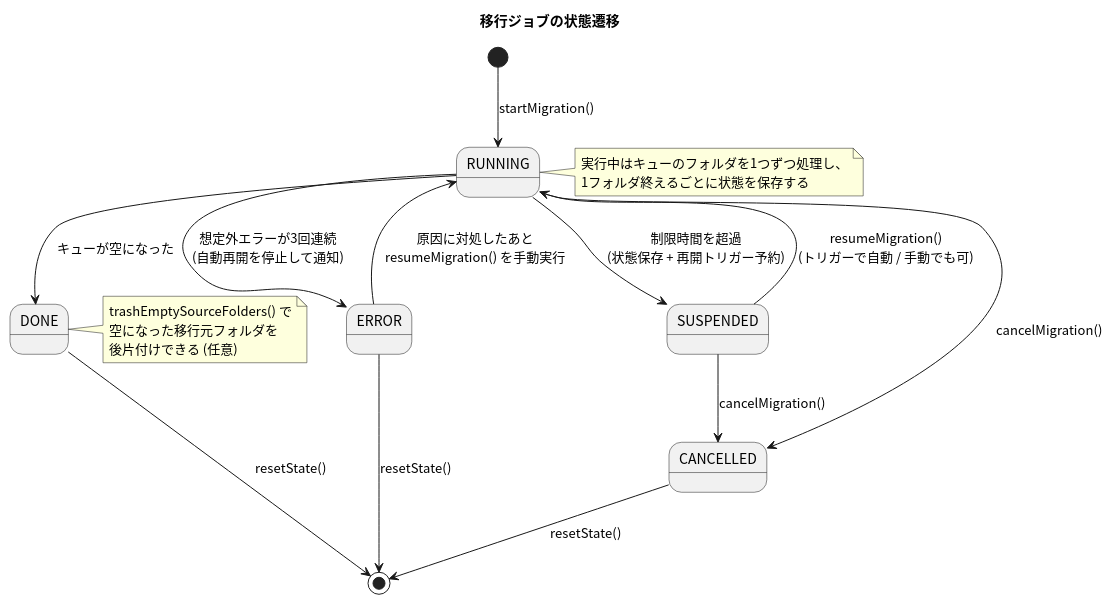
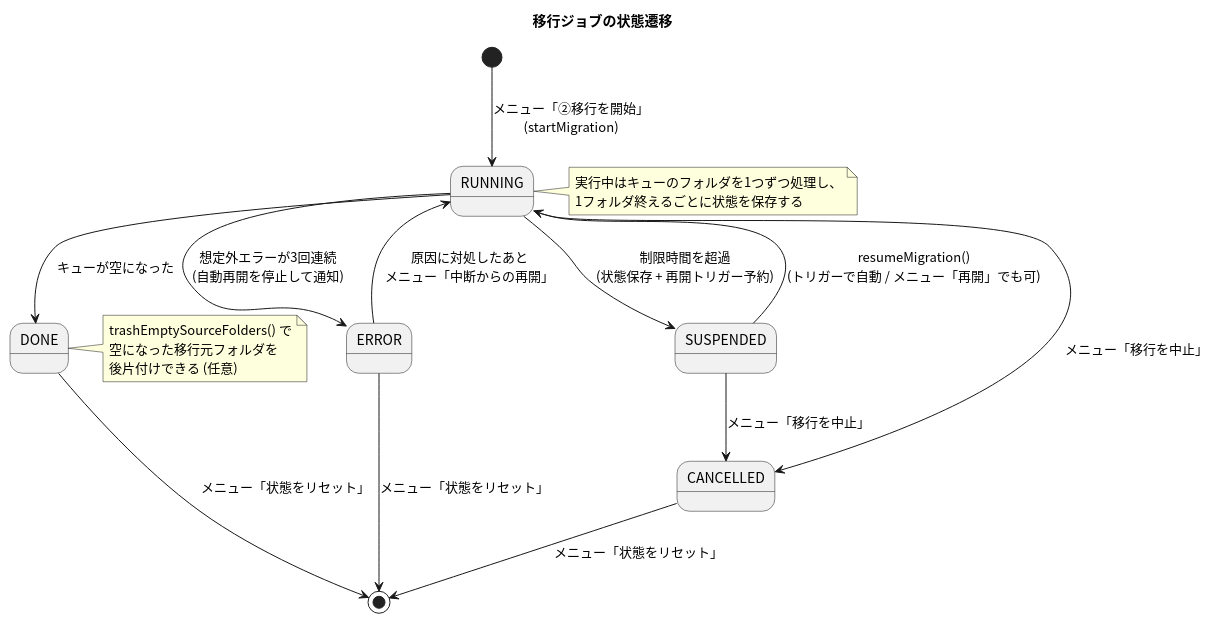
The diagram in gas-drive-migration-2026-07-11/plantuml/06_state_machine.puml (pollenjp-org/sandbox), drawn with PlantUML before and after one commit. The commit also changed 33 other files, not shown here.

```diff
--- a/gas-drive-migration-2026-07-11/plantuml/06_state_machine.puml
+++ b/gas-drive-migration-2026-07-11/plantuml/06_state_machine.puml
@@ -1,28 +1,28 @@
 @startuml 06_state_machine
 skinparam defaultFontName "Noto Sans CJK JP"
 skinparam shadowing false
 title 移行ジョブの状態遷移
 
-[*] --> RUNNING : startMigration()
+[*] --> RUNNING : メニュー「②移行を開始」\n(startMigration)
 
 RUNNING --> SUSPENDED : 制限時間を超過\n(状態保存 + 再開トリガー予約)
-SUSPENDED --> RUNNING : resumeMigration()\n(トリガーで自動 / 手動でも可)
+SUSPENDED --> RUNNING : resumeMigration()\n(トリガーで自動 / メニュー「再開」でも可)
 RUNNING --> DONE : キューが空になった
 RUNNING --> ERROR : 想定外エラーが3回連続\n(自動再開を停止して通知)
-ERROR --> RUNNING : 原因に対処したあと\nresumeMigration() を手動実行
-RUNNING --> CANCELLED : cancelMigration()
-SUSPENDED --> CANCELLED : cancelMigration()
-DONE --> [*] : resetState()
-CANCELLED --> [*] : resetState()
-ERROR --> [*] : resetState()
+ERROR --> RUNNING : 原因に対処したあと\nメニュー「中断からの再開」
+RUNNING --> CANCELLED : メニュー「移行を中止」
+SUSPENDED --> CANCELLED : メニュー「移行を中止」
+DONE --> [*] : メニュー「状態をリセット」
+CANCELLED --> [*] : メニュー「状態をリセット」
+ERROR --> [*] : メニュー「状態をリセット」
 
 note right of RUNNING
   実行中はキューのフォルダを1つずつ処理し、
   1フォルダ終えるごとに状態を保存する
 end note
 note right of DONE
   trashEmptySourceFolders() で
   空になった移行元フォルダを
   後片付けできる (任意)
 end note
 @enduml
```
